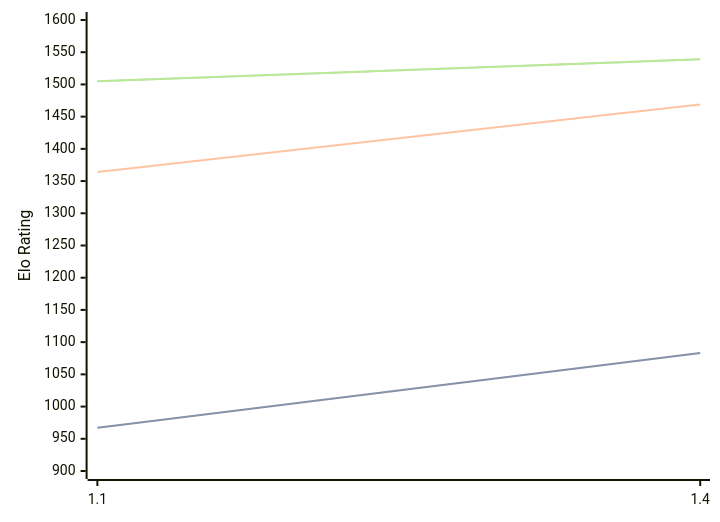
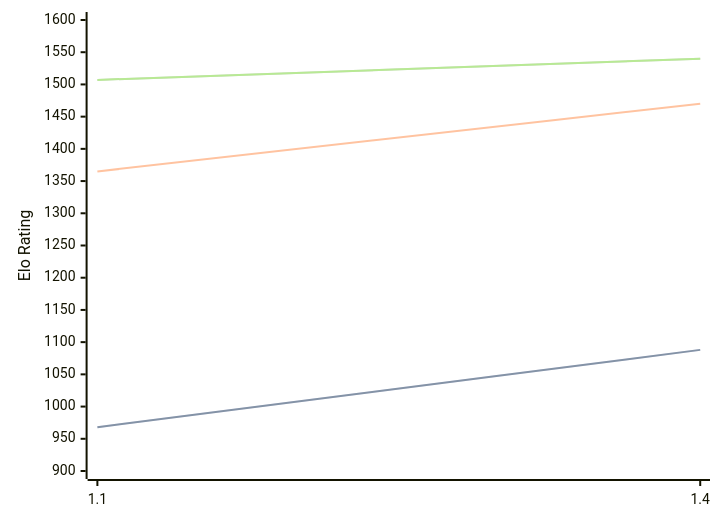
Before and after one commit to computer-chess-index/cci: the diagram in engines/USunfish.md, drawn with Mermaid. The commit also changed other lines of this file, not shown here.

Commit message:
Update CCI Ratings (ELO VLTC) - 2026-10-09

````diff
--- a/engines/USunfish.md
+++ b/engines/USunfish.md
@@ -37,11 +37,11 @@
 ```mermaid
 %%{init: {"theme":"base","themeVariables":{"seriesColors:['#a3a3a3','#222221','#faa371']}}}%%
 xychart-beta
   x-axis ["1.1", "1.4"]
   y-axis "Elo Rating" 900 --> 1600
-  line "" [967, 1083]
-  line "STC (8.0+0.08s)" [967, 1083]
-  line "LTC (60.0+0.60s)" [1364, 1469]
-  line "" [1505, 1539]
-  line "VLTC (2m24s+1.12s)" [1505, 1539]
+  line "" [968, 1088]
+  line "STC (8.0+0.08s)" [968, 1088]
+  line "LTC (60.0+0.60s)" [1365, 1470]
+  line "" [1507, 1540]
+  line "VLTC (2m24s+1.12s)" [1507, 1540]
 ```
````
